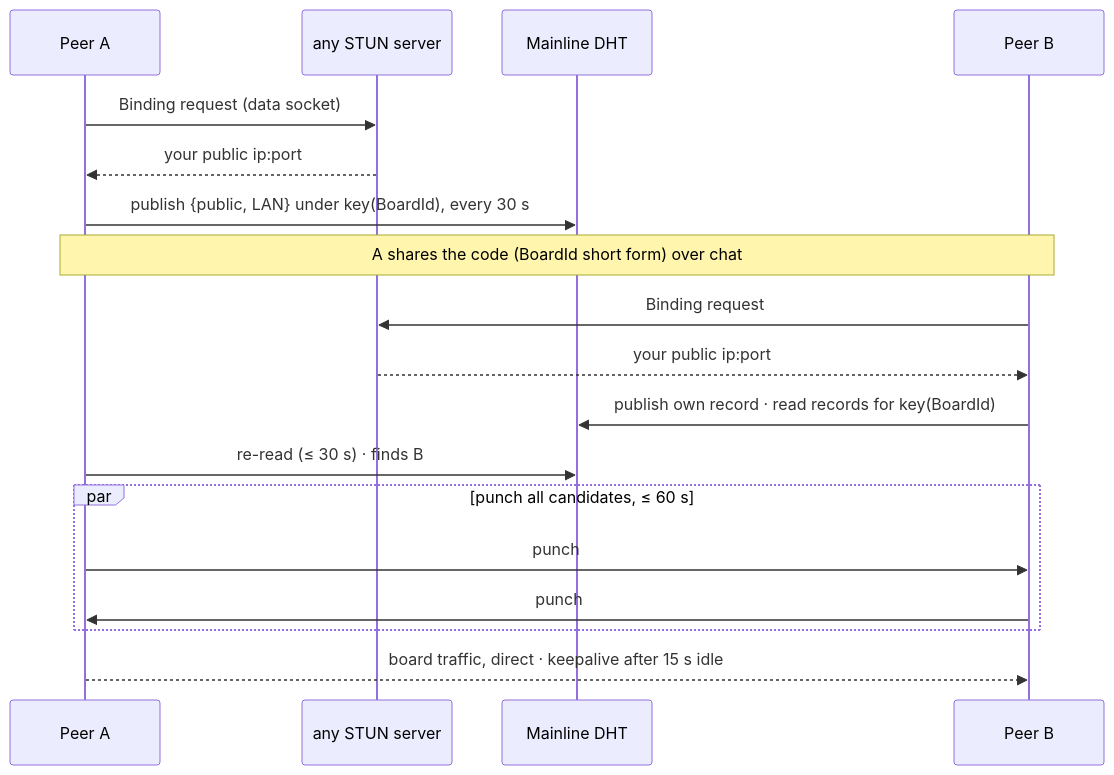
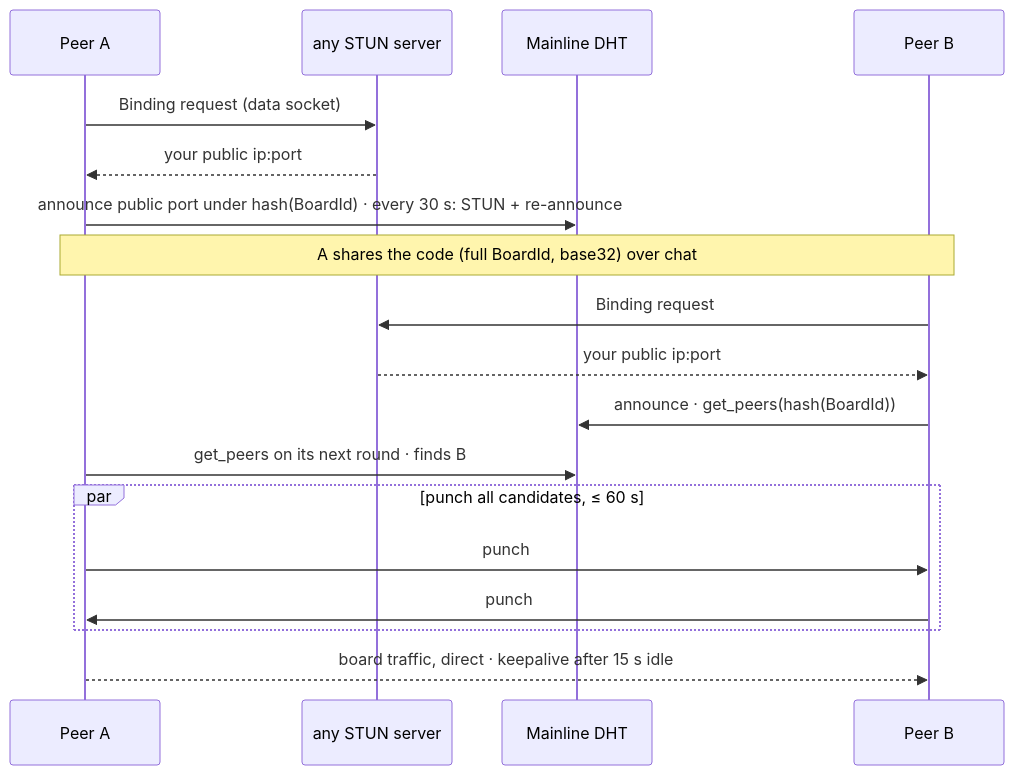
Before and after one commit to Student-Team-Projects/Most-Overkilled-Whiteboard-for-ArchLinux: the diagram in docs/design/internet-connect.md, drawn with Mermaid. The commit also changed other lines of this file and 4 other files, not shown here.

````diff
--- a/docs/design/internet-connect.md
+++ b/docs/design/internet-connect.md
@@ -6,20 +6,20 @@
 ```mermaid
 sequenceDiagram
     participant A as Peer A
     participant S as any STUN server
     participant D as Mainline DHT
     participant B as Peer B
     A->>S: Binding request (data socket)
     S-->>A: your public ip:port
-    A->>D: publish {public, LAN} under key(BoardId), every 30 s
-    Note over A,B: A shares the code (BoardId short form) over chat
+    A->>D: announce public port under hash(BoardId) · every 30 s: STUN + re-announce
+    Note over A,B: A shares the code (full BoardId, base32) over chat
     B->>S: Binding request
     S-->>B: your public ip:port
-    B->>D: publish own record · read records for key(BoardId)
-    A->>D: re-read (≤ 30 s) · finds B
+    B->>D: announce · get_peers(hash(BoardId))
+    A->>D: get_peers on its next round · finds B
     par punch all candidates, ≤ 60 s
         A->>B: punch
         B->>A: punch
     end
     A-->>B: board traffic, direct · keepalive after 15 s idle
 ```
````
